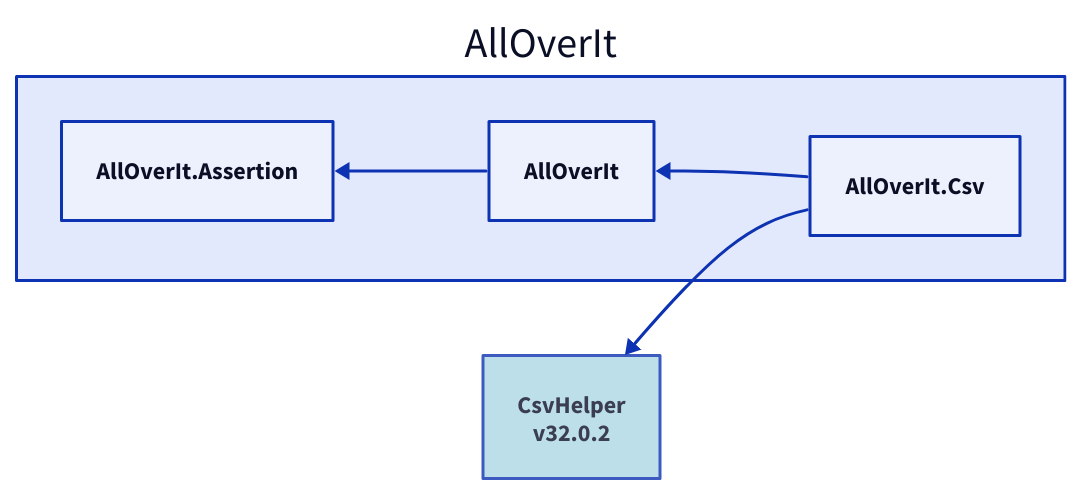
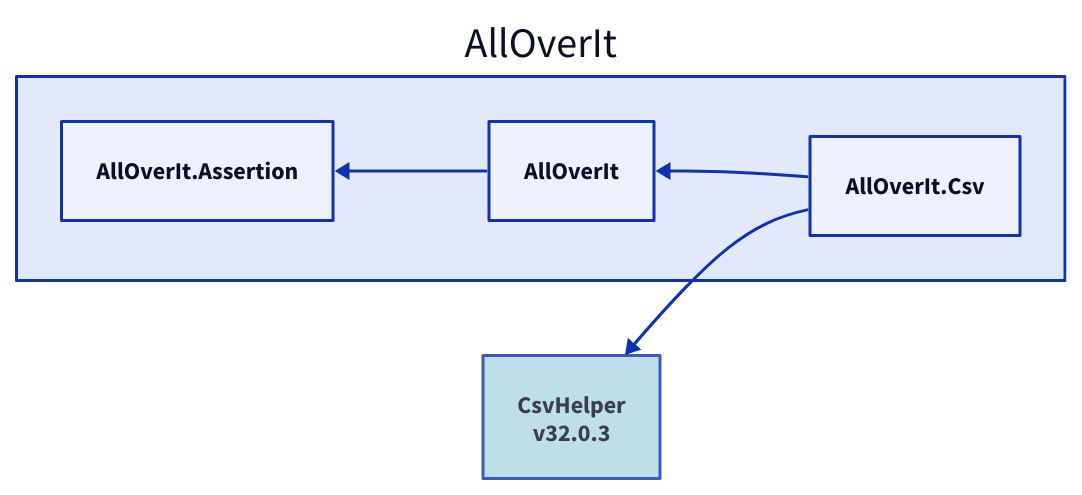
One commit to mjfreelancing/AllOverIt changed the diagram in Docs/Reference/Content/images/dependencies/net8.0/alloverit-csv.d2. Above: the diagram before and after it, drawn with D2. The commit also changed 108 other files, not shown here.

```diff
--- a/Docs/Reference/Content/images/dependencies/net8.0/alloverit-csv.d2
+++ b/Docs/Reference/Content/images/dependencies/net8.0/alloverit-csv.d2
@@ -1,12 +1,12 @@
 direction: left
 
 aoi: AllOverIt
 aoi.alloverit-csv: AllOverIt.Csv
-csvhelper_32-0-2: CsvHelper\nv32.0.2
-csvhelper_32-0-2.style.fill: "#ADD8E6"
-csvhelper_32-0-2.style.opacity: 0.8
-csvhelper_32-0-2 <- aoi.alloverit-csv
+csvhelper_32-0-3: CsvHelper\nv32.0.3
+csvhelper_32-0-3.style.fill: "#ADD8E6"
+csvhelper_32-0-3.style.opacity: 0.8
+csvhelper_32-0-3 <- aoi.alloverit-csv
 aoi.alloverit: AllOverIt
 aoi.alloverit-assertion: AllOverIt.Assertion
 aoi.alloverit-assertion <- aoi.alloverit
 aoi.alloverit <- aoi.alloverit-csv
```
